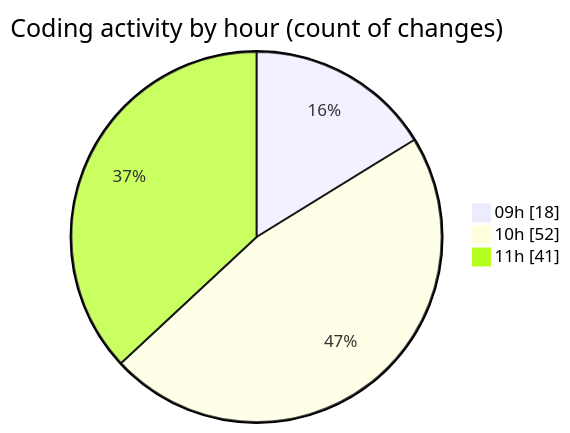
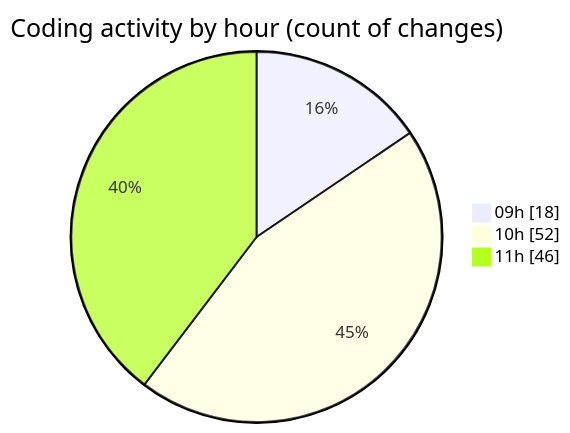
One commit to momahboobian/code-tracking changed the second of 2 diagrams in 2025-03-21/cda/README.md. Above: the diagram before and after it, drawn with Mermaid. The commit also changed other lines of this file and 1 other file, not shown here.

````diff
--- a/2025-03-21/cda/README.md
+++ b/2025-03-21/cda/README.md
@@ -42,7 +42,7 @@
 ```mermaid
 pie showData
 title Coding activity by hour (count of changes)
 "09h" : 18
 "10h" : 52
-"11h" : 41
+"11h" : 46
 ```
````
